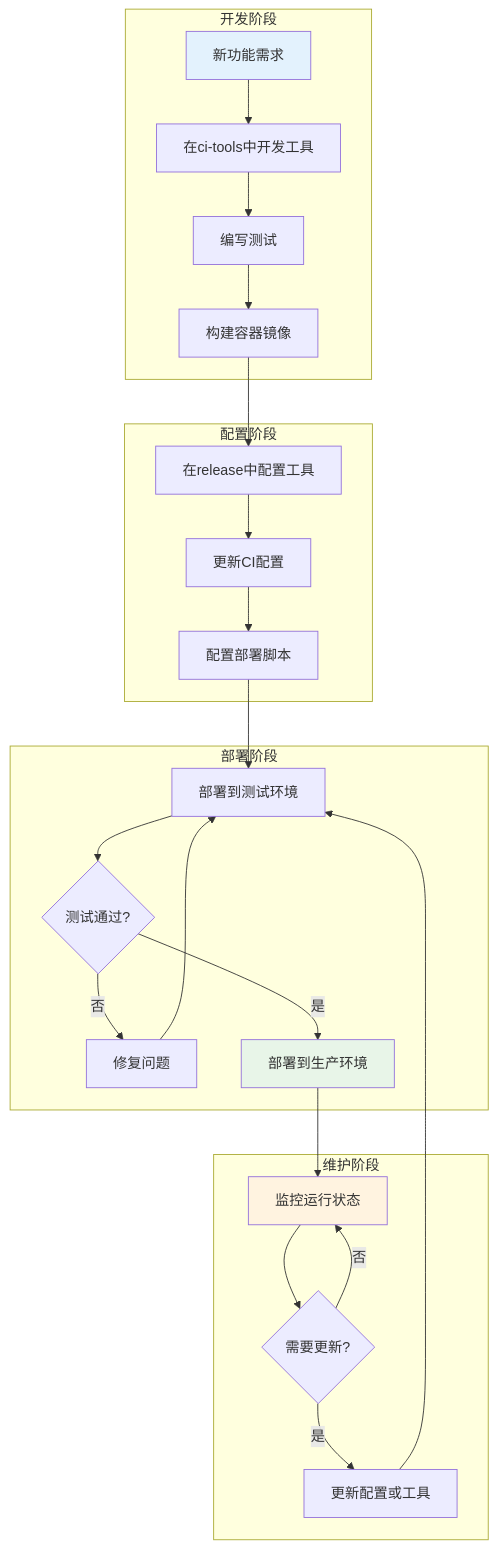
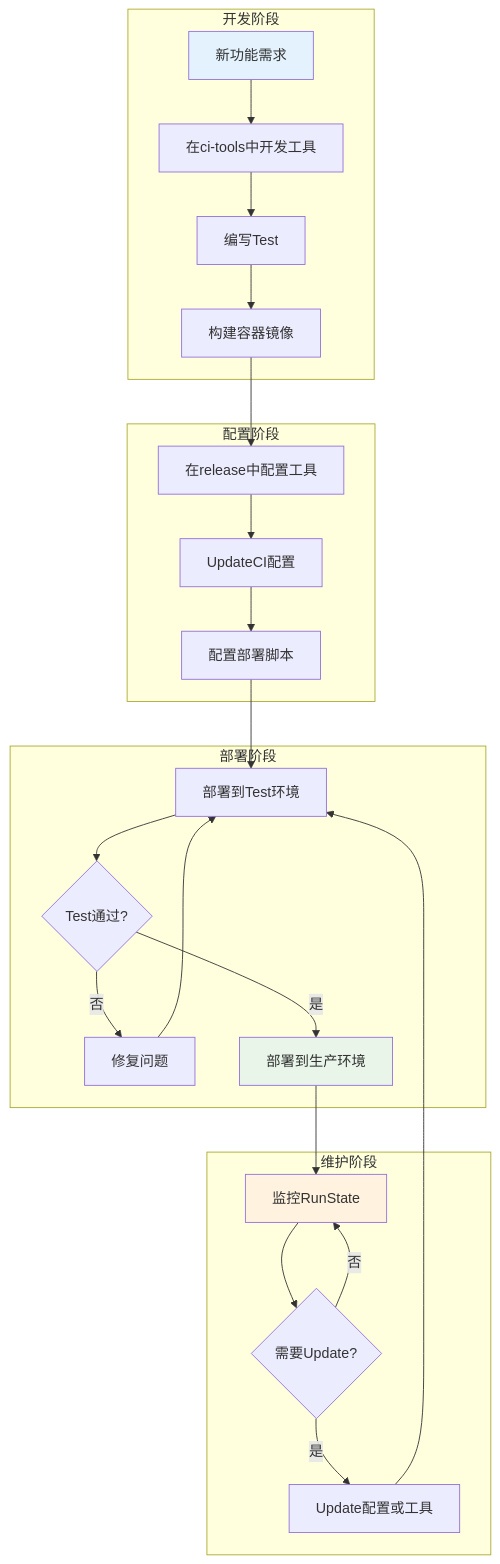
Before and after one commit to liweinan/deepseek-answers: the fifth of 6 diagrams in files/ci-tools-vs-release.md, drawn with Mermaid. The commit also changed other lines of this file and 135 other files, not shown here.

````diff
--- a/files/ci-tools-vs-release.md
+++ b/files/ci-tools-vs-release.md
@@ -189,34 +189,34 @@
 ```mermaid
 flowchart TD
     subgraph "开发阶段"
         A[新功能需求] --> B[在ci-tools中开发工具]
-        B --> C[编写测试]
+        B --> C[编写Test]
         C --> D[构建容器镜像]
     end
     
     subgraph "配置阶段"
         D --> E[在release中配置工具]
-        E --> F[更新CI配置]
+        E --> F[UpdateCI配置]
         F --> G[配置部署脚本]
     end
     
     subgraph "部署阶段"
-        G --> H[部署到测试环境]
-        H --> I{测试通过?}
+        G --> H[部署到Test环境]
+        H --> I{Test通过?}
         I -->|否| J[修复问题]
         J --> H
         I -->|是| K[部署到生产环境]
     end
     
     subgraph "维护阶段"
-        K --> L[监控运行状态]
-        L --> M{需要更新?}
-        M -->|是| N[更新配置或工具]
+        K --> L[监控RunState]
+        L --> M{需要Update?}
+        M -->|是| N[Update配置或工具]
         N --> H
         M -->|否| L
     end
     
     style A fill:#e3f2fd
     style K fill:#e8f5e8
     style L fill:#fff3e0
 ```
````
